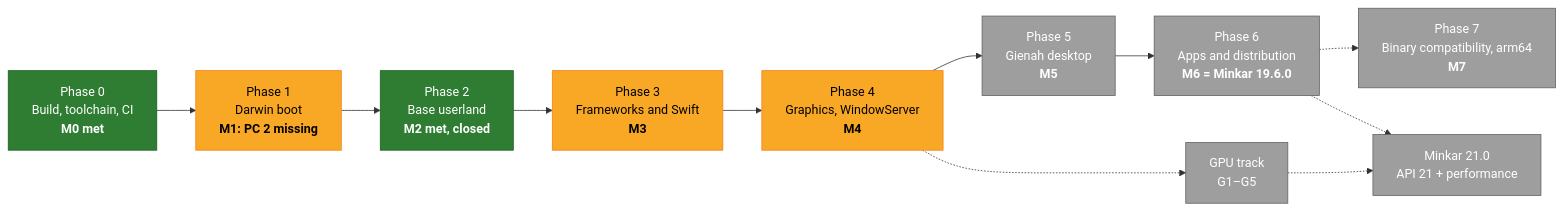
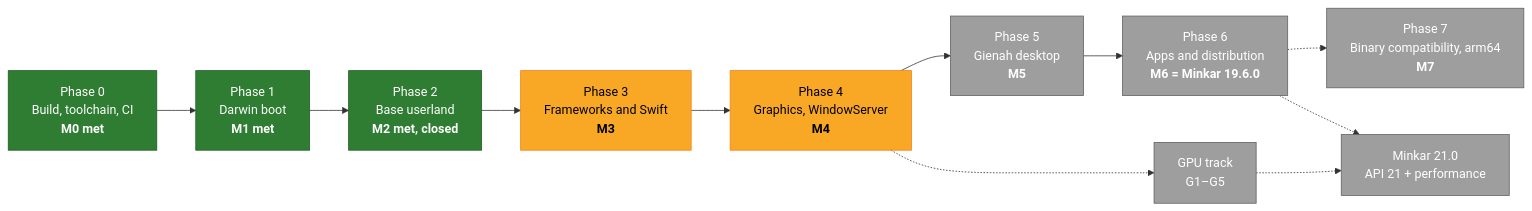
One commit to minkaros/minkar changed the first of 4 diagrams in Docs/Progress.md. Above: the diagram before and after it, drawn with Mermaid. The commit also changed 4 other files, not shown here.

````diff
--- a/Docs/Progress.md
+++ b/Docs/Progress.md
@@ -11,23 +11,23 @@
 ```mermaid
 flowchart LR
     P0["Phase 0<br/>Build, toolchain, CI<br/><b>M0 met</b>"]:::done
-    P1["Phase 1<br/>Darwin boot<br/><b>M1: PC 2 missing</b>"]:::partial
+    P1["Phase 1<br/>Darwin boot<br/><b>M1 met</b>"]:::done
     P2["Phase 2<br/>Base userland<br/><b>M2 met, closed</b>"]:::done
     P3["Phase 3<br/>Frameworks and Swift<br/><b>M3</b>"]:::partial
     P4["Phase 4<br/>Graphics, WindowServer<br/><b>M4</b>"]:::partial
     P5["Phase 5<br/>Gienah desktop<br/><b>M5</b>"]:::todo
     P6["Phase 6<br/>Apps and distribution<br/><b>M6 = Minkar 19.6.0</b>"]:::todo
     P7["Phase 7<br/>Binary compatibility, arm64<br/><b>M7</b>"]:::todo
     PERF["Minkar 21.0<br/>API 21 + performance"]:::todo
     GPU["GPU track<br/>G1–G5"]:::todo
 
     P0 --> P1 --> P2 --> P3 --> P4 --> P5 --> P6
     P6 -.-> P7
     P6 -.-> PERF
     GPU -.-> PERF
     P4 -.-> GPU
 
     classDef done fill:#2e7d32,stroke:#1b5e20,color:#fff
     classDef partial fill:#f9a825,stroke:#f57f17,color:#000
     classDef todo fill:#9e9e9e,stroke:#616161,color:#fff
 ```
````
